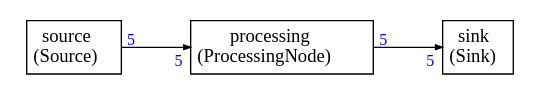
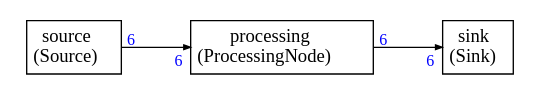
Before and after one commit to ARM-software/CMSIS-Stream: the diagram in Examples/runtime_mode/pre_schedule_runtime_mode.dot, drawn with Graphviz. The commit also changed 8 other files, not shown here.

```diff
--- a/Examples/runtime_mode/pre_schedule_runtime_mode.dot
+++ b/Examples/runtime_mode/pre_schedule_runtime_mode.dot
@@ -1,49 +1,49 @@
 
 
 
 
 digraph structs {
     bgcolor = "white"
     node [shape=plaintext,color="black",fontcolor="black",fontname="Times-Roman"]
     rankdir=LR
     edge [arrowsize="0.5",color="black",fontcolor="black",fontname="Times-Roman"]
 
 
 
 source [label=<
 <TABLE color="black" bgcolor="none" BORDER="0" CELLBORDER="1" CELLSPACING="0" CELLPADDING="4">
   <TR>
     <TD ALIGN="CENTER" PORT="i"><FONT COLOR="black" POINT-SIZE="14.0">source<BR/>(Source)</FONT></TD>
   </TR>
 </TABLE>>];
 
 processing [label=<
 <TABLE color="black" bgcolor="none" BORDER="0" CELLBORDER="1" CELLSPACING="0" CELLPADDING="4">
   <TR>
     <TD ALIGN="CENTER" PORT="i"><FONT COLOR="black" POINT-SIZE="14.0">processing<BR/>(ProcessingNode)</FONT></TD>
   </TR>
 </TABLE>>];
 
 sink [label=<
 <TABLE color="black" bgcolor="none" BORDER="0" CELLBORDER="1" CELLSPACING="0" CELLPADDING="4">
   <TR>
     <TD ALIGN="CENTER" PORT="i"><FONT COLOR="black" POINT-SIZE="14.0">sink<BR/>(Sink)</FONT></TD>
   </TR>
 </TABLE>>];
 
 
 
 source:i -> processing:i [style="solid",color="black",label=""
-,headlabel=<<TABLE BORDER="0" CELLPADDING="2"><TR><TD><FONT COLOR="blue" POINT-SIZE="12.0" >5</FONT>
+,headlabel=<<TABLE BORDER="0" CELLPADDING="2"><TR><TD><FONT COLOR="blue" POINT-SIZE="12.0" >6</FONT>
 </TD></TR></TABLE>>
-,taillabel=<<TABLE BORDER="0" CELLPADDING="2"><TR><TD><FONT COLOR="blue" POINT-SIZE="12.0" >5</FONT>
+,taillabel=<<TABLE BORDER="0" CELLPADDING="2"><TR><TD><FONT COLOR="blue" POINT-SIZE="12.0" >6</FONT>
 </TD></TR></TABLE>>]
 
 processing:i -> sink:i [style="solid",color="black",label=""
-,headlabel=<<TABLE BORDER="0" CELLPADDING="2"><TR><TD><FONT COLOR="blue" POINT-SIZE="12.0" >5</FONT>
+,headlabel=<<TABLE BORDER="0" CELLPADDING="2"><TR><TD><FONT COLOR="blue" POINT-SIZE="12.0" >6</FONT>
 </TD></TR></TABLE>>
-,taillabel=<<TABLE BORDER="0" CELLPADDING="2"><TR><TD><FONT COLOR="blue" POINT-SIZE="12.0" >5</FONT>
+,taillabel=<<TABLE BORDER="0" CELLPADDING="2"><TR><TD><FONT COLOR="blue" POINT-SIZE="12.0" >6</FONT>
 </TD></TR></TABLE>>]
 
 
 }
```
